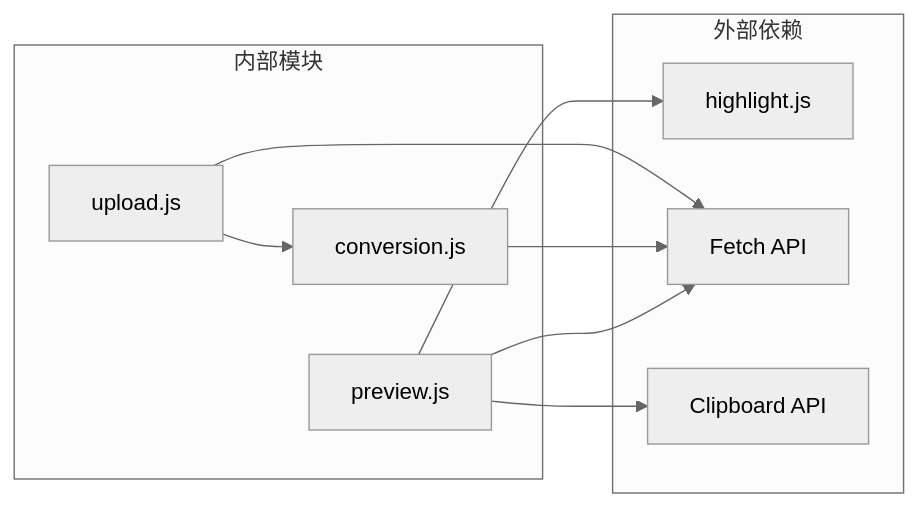
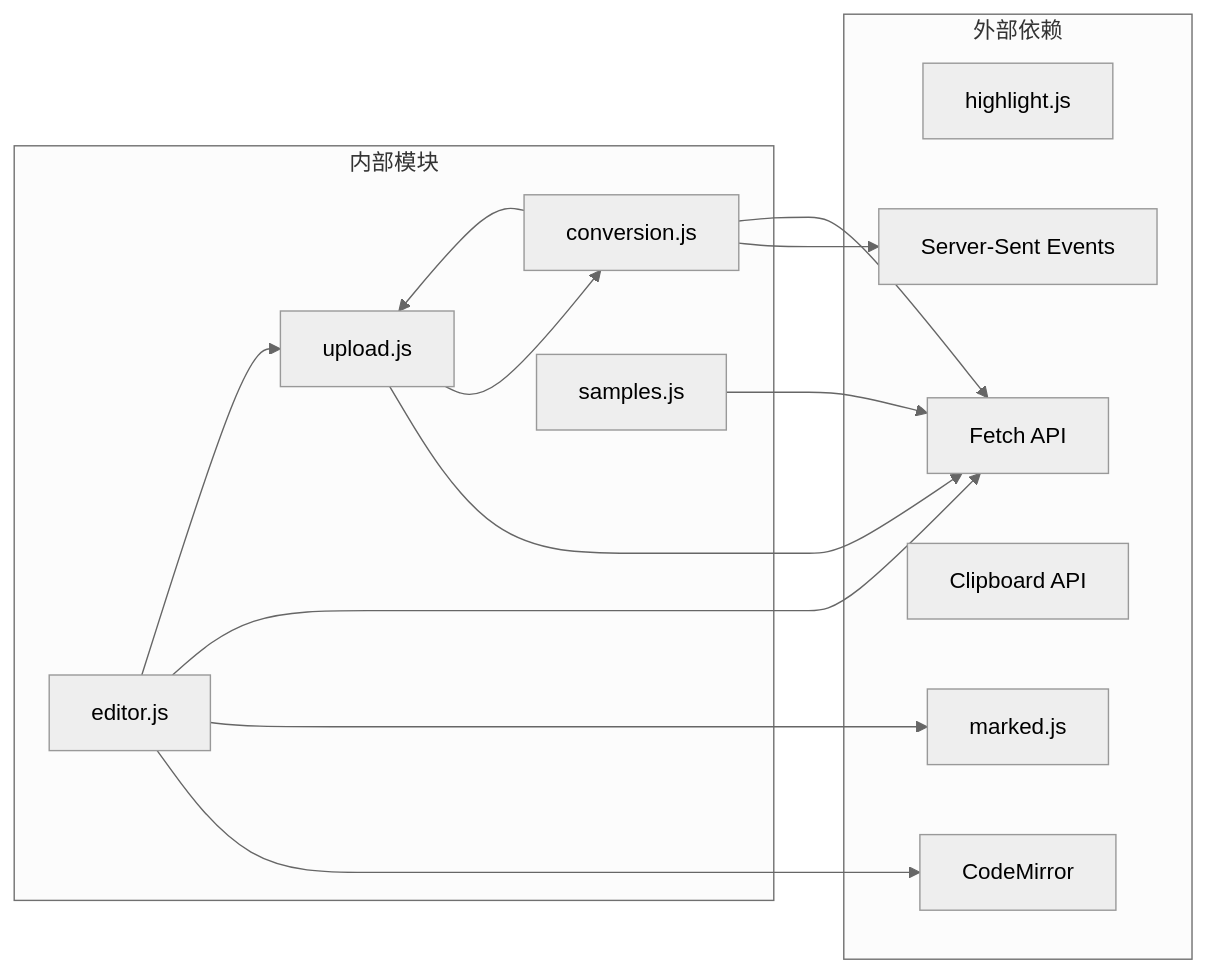
Diagram 13 of 13 in .qoder/repowiki/zh/content/前端界面/JavaScript交互逻辑.md (tjujingzong/Novel-to-Screenplay), drawn with Mermaid (neutral theme) before and after one commit. The commit also changed other lines of this file and 6 other files, not shown here.

````diff
--- a/.qoder/repowiki/zh/content/前端界面/JavaScript交互逻辑.md
+++ b/.qoder/repowiki/zh/content/前端界面/JavaScript交互逻辑.md
@@ -320,19 +496,27 @@
 ```mermaid
 graph LR
 subgraph "外部依赖"
 HLJS[highlight.js]
+CodeMirror[CodeMirror]
 Fetch[Fetch API]
 Clipboard[Clipboard API]
+marked[marked.js]
+SSE[Server-Sent Events]
 end
 subgraph "内部模块"
 Upload[upload.js]
 Conversion[conversion.js]
-Preview[preview.js]
+Editor[editor.js]
+Samples[samples.js]
 end
 Upload --> Fetch
 Upload --> Conversion
+Conversion --> SSE
 Conversion --> Fetch
-Preview --> HLJS
-Preview --> Clipboard
-Preview --> Fetch
+Editor --> CodeMirror
+Editor --> marked
+Editor --> Fetch
+Samples --> Fetch
+Editor --> Upload
+Conversion --> Upload
 ```
````
